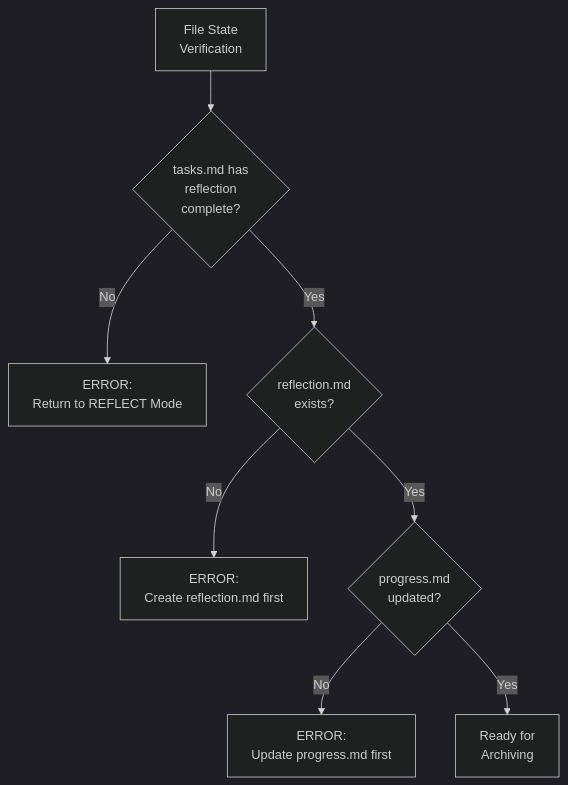
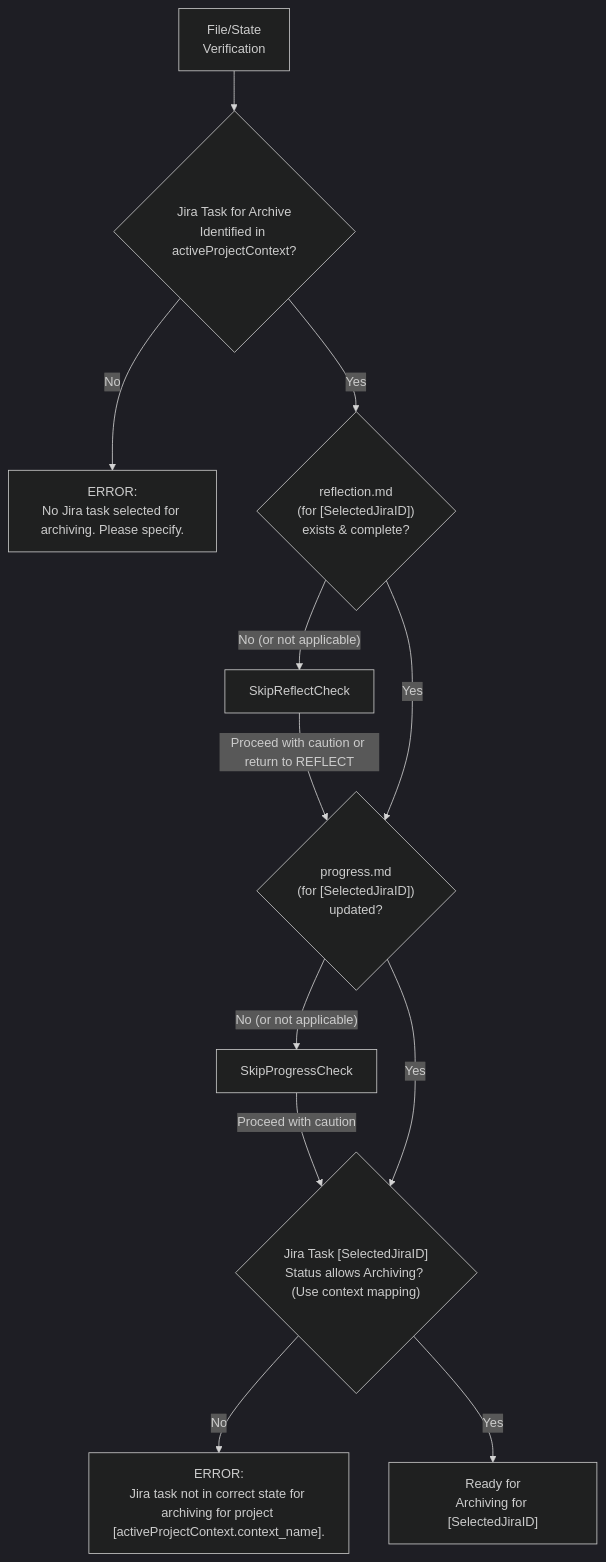
The third of 5 diagrams in .cursor/rules/isolation_rules/visual-maps/archive-mode-map.mdc (ms-moar/cursor-tools), drawn with Mermaid (dark theme) before and after one commit. The commit also changed other lines of this file and 4 other files, not shown here.

````diff
--- a/.cursor/rules/isolation_rules/visual-maps/archive-mode-map.mdc
+++ b/.cursor/rules/isolation_rules/visual-maps/archive-mode-map.mdc
@@ -110,13 +111,15 @@
 ```mermaid
 graph TD
-    Start["File State<br>Verification"] --> CheckTasks{"tasks.md has<br>reflection<br>complete?"}
+    Start["File/State<br>Verification"] --> JiraTaskSelected{"Jira Task for Archive<br>Identified in activeProjectContext?"}
+    JiraTaskSelected -->|"No"| ErrorNoTask["ERROR:<br>No Jira task selected for archiving. Please specify."]
+    JiraTaskSelected -->|"Yes"| CheckReflectMD{"reflection.md <br>(for [SelectedJiraID])<br>exists & complete?"}
     
-    CheckTasks -->|"No"| ErrorReflect["ERROR:<br>Return to REFLECT Mode"]
-    CheckTasks -->|"Yes"| CheckReflection{"reflection.md<br>exists?"}
+    CheckReflectMD -->|"No (or not applicable)"| SkipReflectCheck --"Proceed with caution or return to REFLECT"--> CheckProgressMD
+    CheckReflectMD -->|"Yes"| CheckProgressMD{"progress.md <br>(for [SelectedJiraID])<br>updated?"}
     
-    CheckReflection -->|"No"| ErrorCreate["ERROR:<br>Create reflection.md first"]
-    CheckReflection -->|"Yes"| CheckProgress{"progress.md<br>updated?"}
-    
-    CheckProgress -->|"No"| ErrorProgress["ERROR:<br>Update progress.md first"]
-    CheckProgress -->|"Yes"| ReadyArchive["Ready for<br>Archiving"]
+    CheckProgressMD -->|"No (or not applicable)"| SkipProgressCheck --"Proceed with caution"--> CheckJiraStatus
+    CheckProgressMD -->|"Yes"| CheckJiraStatus{"Jira Task [SelectedJiraID]<br>Status allows Archiving? (Use context mapping)"}
+
+    CheckJiraStatus -->|"No"| ErrorJiraState["ERROR:<br>Jira task not in correct state for archiving for project [activeProjectContext.context_name]."]
+    CheckJiraStatus -->|"Yes"| ReadyArchive["Ready for<br>Archiving for [SelectedJiraID]"]
 ```
````
